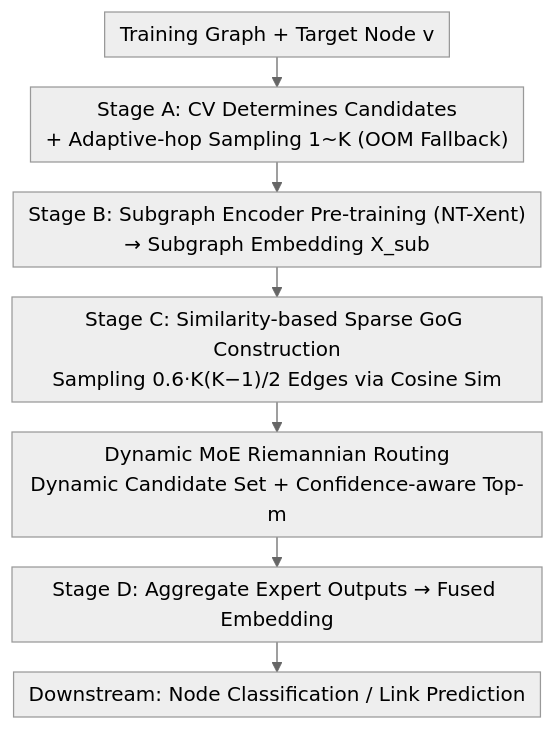
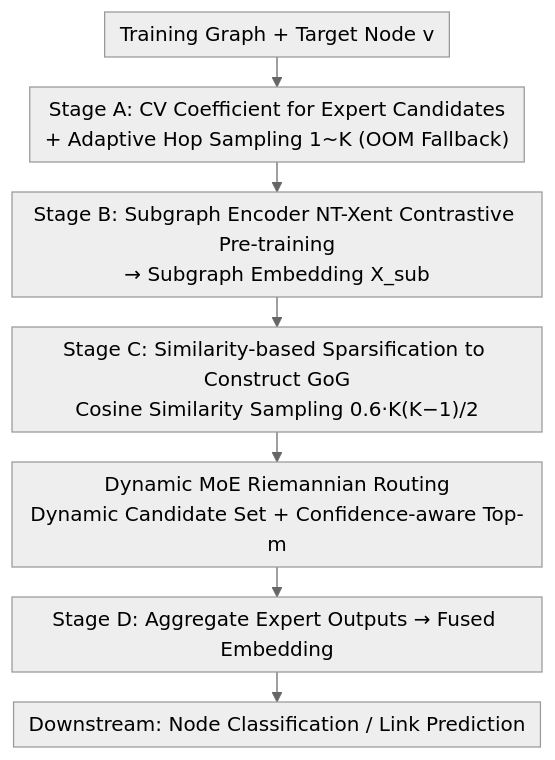
One commit to zhaoyang97/Paper-Notes-en changed the diagram in docs/ICML2026/self_supervised/learning_graph_foundation_models_on_riemannian_graph-of-graphs.md. Above: the diagram before and after it, drawn with Mermaid (neutral theme). The commit also changed other lines of this file and 5084 other files, not shown here.

````diff
--- a/docs/ICML2026/self_supervised/learning_graph_foundation_models_on_riemannian_graph-of-graphs.md
+++ b/docs/ICML2026/self_supervised/learning_graph_foundation_models_on_riemannian_graph-of-graphs.md
@@ -45,10 +45,10 @@
 ```mermaid
 %%{init: {'flowchart': {'rankSpacing': 24, 'nodeSpacing': 28, 'padding': 6, 'wrappingWidth': 400}}}%%
 flowchart TD
-    A["Training Graph + Target Node v"] --> B["Stage A: CV Determines Candidates<br/>+ Adaptive-hop Sampling 1~K (OOM Fallback)"]
-    B --> C["Stage B: Subgraph Encoder Pre-training (NT-Xent)<br/>→ Subgraph Embedding X_sub"]
-    C --> D["Stage C: Similarity-based Sparse GoG Construction<br/>Sampling 0.6·K(K−1)/2 Edges via Cosine Sim"]
+    A["Training Graph + Target Node v"] --> B["Stage A: CV Coefficient for Expert Candidates<br/>+ Adaptive Hop Sampling 1~K (OOM Fallback)"]
+    B --> C["Stage B: Subgraph Encoder NT-Xent Contrastive Pre-training<br/>→ Subgraph Embedding X_sub"]
+    C --> D["Stage C: Similarity-based Sparsification to Construct GoG<br/>Cosine Similarity Sampling 0.6·K(K−1)/2"]
     D --> E["Dynamic MoE Riemannian Routing<br/>Dynamic Candidate Set + Confidence-aware Top-m"]
     E --> F["Stage D: Aggregate Expert Outputs → Fused Embedding"]
     F --> G["Downstream: Node Classification / Link Prediction"]
 ```
````
